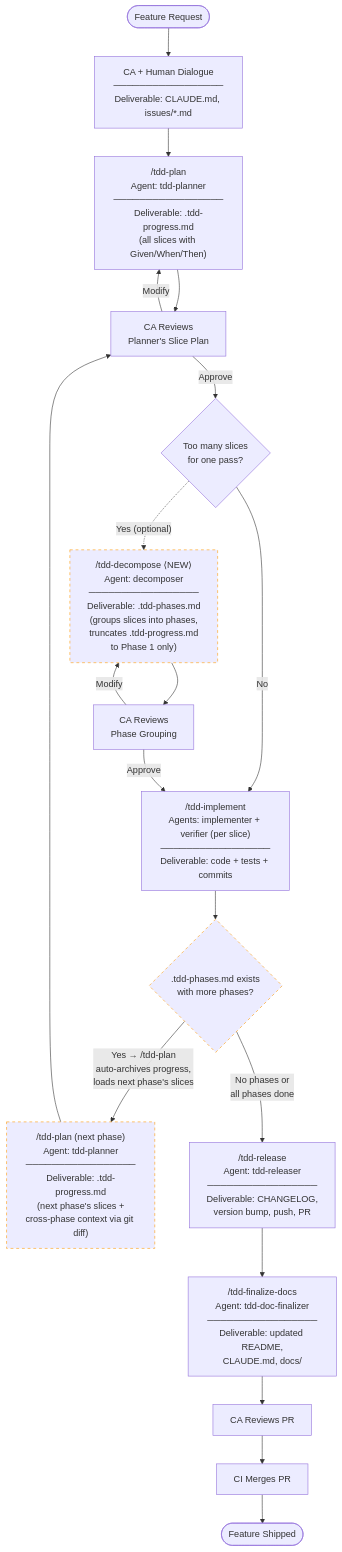
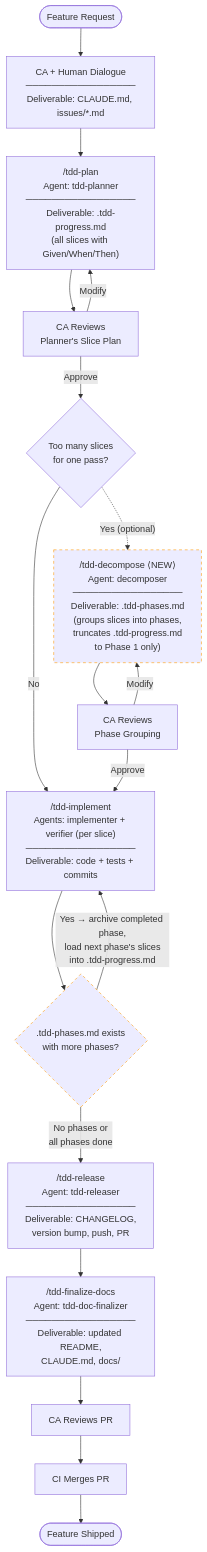
Before and after one commit to hugo-bluecorn/claude-code-tdd-workflow: the first of 7 diagrams in explorations/role-to-agent-analysis/proposed-workflow-diagrams.md, drawn with Mermaid. The commit also changed other lines of this file, not shown here.

First line of the commit message:
docs: fix phase loop — goes to implement, not planner

````diff
--- a/explorations/role-to-agent-analysis/proposed-workflow-diagrams.md
+++ b/explorations/role-to-agent-analysis/proposed-workflow-diagrams.md
@@ -24,35 +24,33 @@
 ```mermaid
 flowchart TD
     START([Feature Request]) --> SPEC["CA + Human Dialogue<br/>─────────────────<br/>Deliverable: CLAUDE.md, issues/*.md"]
 
     SPEC --> PLAN["/tdd-plan<br/>Agent: tdd-planner<br/>─────────────────<br/>Deliverable: .tdd-progress.md<br/>(all slices with Given/When/Then)"]
 
     PLAN --> CA_REVIEW[CA Reviews<br/>Planner's Slice Plan]
     CA_REVIEW -->|Approve| DECOMPOSE_CHECK{Too many slices<br/>for one pass?}
     CA_REVIEW -->|Modify| PLAN
 
     DECOMPOSE_CHECK -.->|"Yes (optional)"| DECOMPOSE["/tdd-decompose ⟨NEW⟩<br/>Agent: decomposer<br/>─────────────────<br/>Deliverable: .tdd-phases.md<br/>(groups slices into phases,<br/>truncates .tdd-progress.md<br/>to Phase 1 only)"]
     DECOMPOSE_CHECK -->|No| IMPLEMENT
 
     DECOMPOSE --> CA_PHASES[CA Reviews<br/>Phase Grouping]
     CA_PHASES -->|Approve| IMPLEMENT
     CA_PHASES -->|Modify| DECOMPOSE
 
     IMPLEMENT["/tdd-implement<br/>Agents: implementer + verifier (per slice)<br/>─────────────────<br/>Deliverable: code + tests + commits"]
 
     IMPLEMENT --> PHASE_CHECK{".tdd-phases.md exists<br/>with more phases?"}
 
-    PHASE_CHECK -->|"Yes → /tdd-plan<br/>auto-archives progress,<br/>loads next phase's slices"| PLAN_NEXT["/tdd-plan (next phase)<br/>Agent: tdd-planner<br/>─────────────────<br/>Deliverable: .tdd-progress.md<br/>(next phase's slices +<br/>cross-phase context via git diff)"]
-    PLAN_NEXT --> CA_REVIEW
+    PHASE_CHECK -->|"Yes → archive completed phase,<br/>load next phase's slices<br/>into .tdd-progress.md"| IMPLEMENT
 
     PHASE_CHECK -->|No phases or<br/>all phases done| RELEASE["/tdd-release<br/>Agent: tdd-releaser<br/>─────────────────<br/>Deliverable: CHANGELOG,<br/>version bump, push, PR"]
 
     RELEASE --> FINALIZE["/tdd-finalize-docs<br/>Agent: tdd-doc-finalizer<br/>─────────────────<br/>Deliverable: updated README,<br/>CLAUDE.md, docs/"]
     FINALIZE --> CA_PR[CA Reviews PR]
     CA_PR --> MERGE["CI Merges PR"]
     MERGE --> DONE([Feature Shipped])
 
     style DECOMPOSE stroke-dasharray: 5 5,stroke:#f90
     style PHASE_CHECK stroke-dasharray: 5 5,stroke:#f90
-    style PLAN_NEXT stroke-dasharray: 5 5,stroke:#f90
 ```
````
